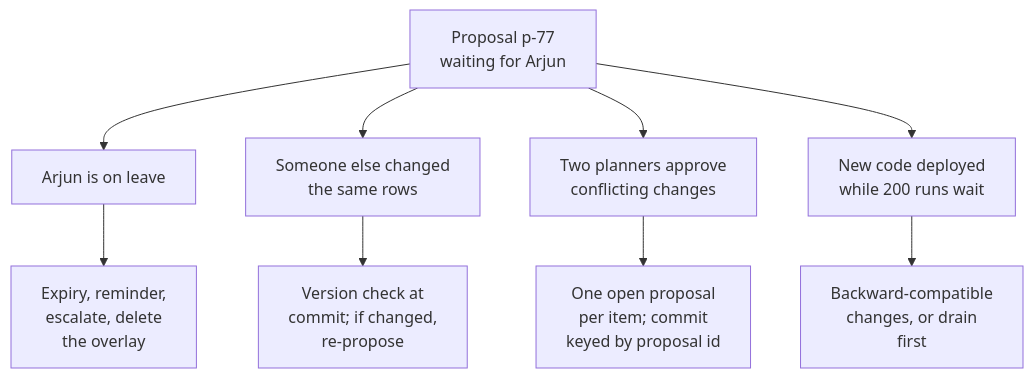
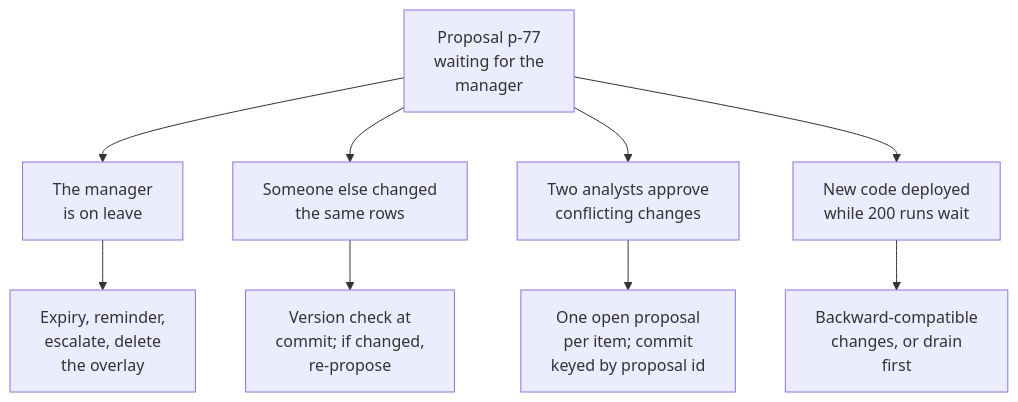
One commit to shubamchaudhary/CodeNITW changed the eighth of 8 diagrams in src/Data/aiStackDocs/CH-07.md. Above: the diagram before and after it, drawn with Mermaid. The commit also changed other lines of this file and 32 other files, not shown here.

````diff
--- a/src/Data/aiStackDocs/CH-07.md
+++ b/src/Data/aiStackDocs/CH-07.md
@@ -233,11 +233,11 @@
 ```mermaid
 flowchart TB
-    P["Proposal p-77<br/>waiting for Arjun"] --> E1["Arjun is on leave"]
+    P["Proposal p-77<br/>waiting for the<br/>manager"] --> E1["The manager<br/>is on leave"]
     P --> E2["Someone else changed<br/>the same rows"]
-    P --> E3["Two planners approve<br/>conflicting changes"]
+    P --> E3["Two analysts approve<br/>conflicting changes"]
     P --> E4["New code deployed<br/>while 200 runs wait"]
     E1 --> F1["Expiry, reminder,<br/>escalate, delete<br/>the overlay"]
     E2 --> F2["Version check at<br/>commit; if changed,<br/>re-propose"]
     E3 --> F3["One open proposal<br/>per item; commit<br/>keyed by proposal id"]
     E4 --> F4["Backward-compatible<br/>changes, or drain<br/>first"]
 ```
````
